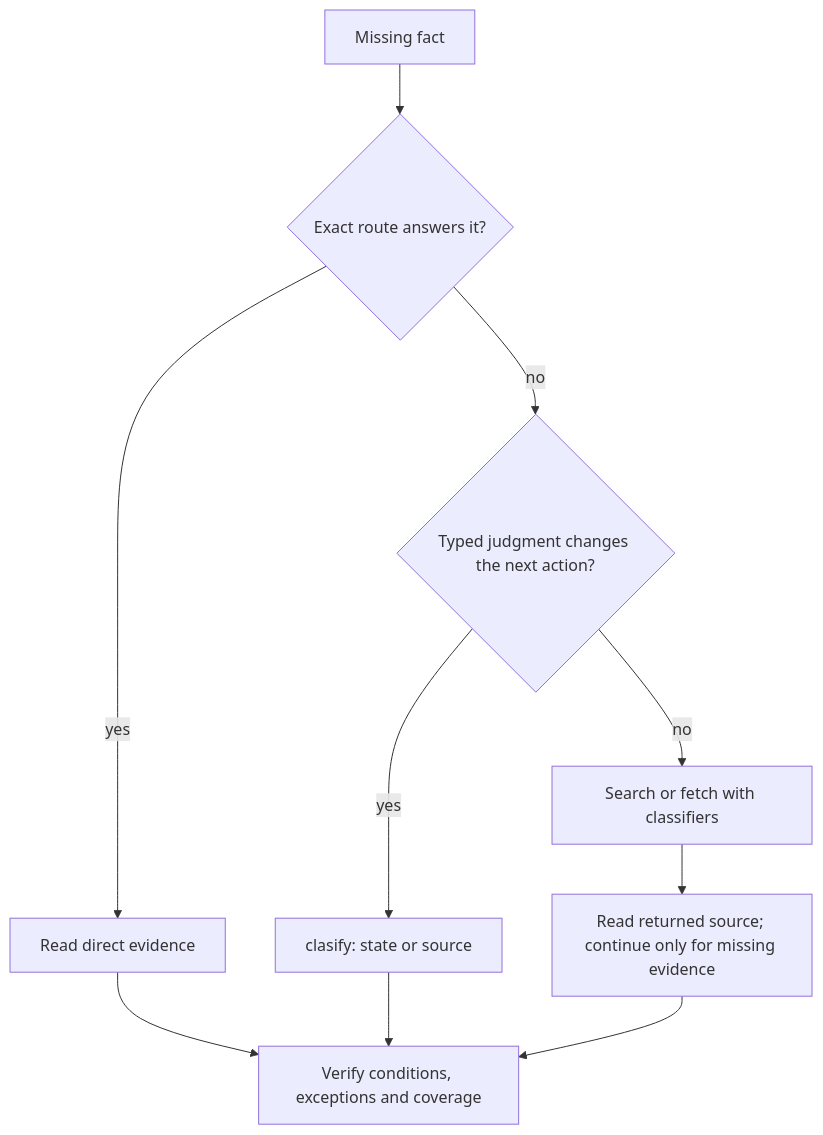
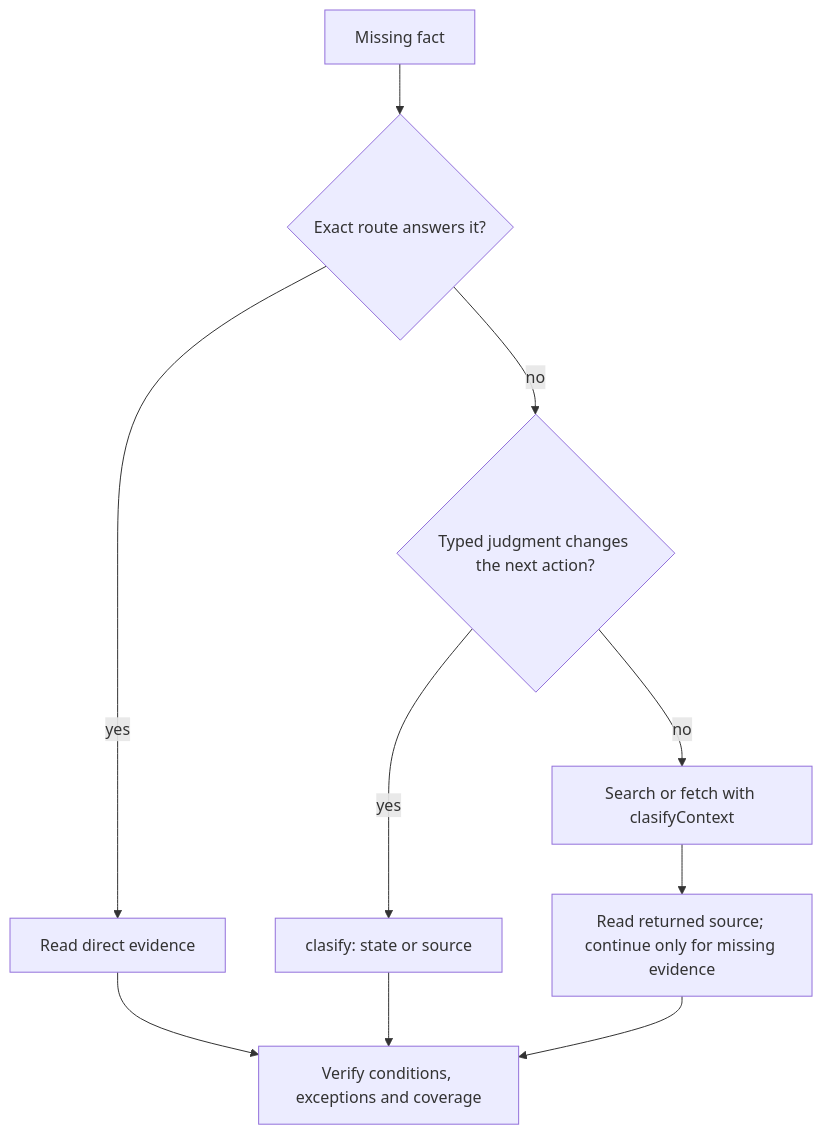
Before and after one commit to bgauryy/octocode-mcp: the first of 2 diagrams in docs/OCTOCODE_CLASIFY.md, drawn with Mermaid. The commit also changed other lines of this file and 694 other files, not shown here.

````diff
--- a/docs/OCTOCODE_CLASIFY.md
+++ b/docs/OCTOCODE_CLASIFY.md
@@ -17,10 +22,10 @@
 ```mermaid
 flowchart TD
     Q[Missing fact] --> E{Exact route answers it?}
     E -- yes --> D[Read direct evidence]
     E -- no --> T{Typed judgment changes the next action?}
     T -- yes --> J[clasify: state or source]
-    T -- no --> S[Search or fetch with classifiers]
+    T -- no --> S[Search or fetch with clasifyContext]
     S --> R[Read returned source; continue only for missing evidence]
     D & J & R --> V[Verify conditions, exceptions and coverage]
 ```
````
